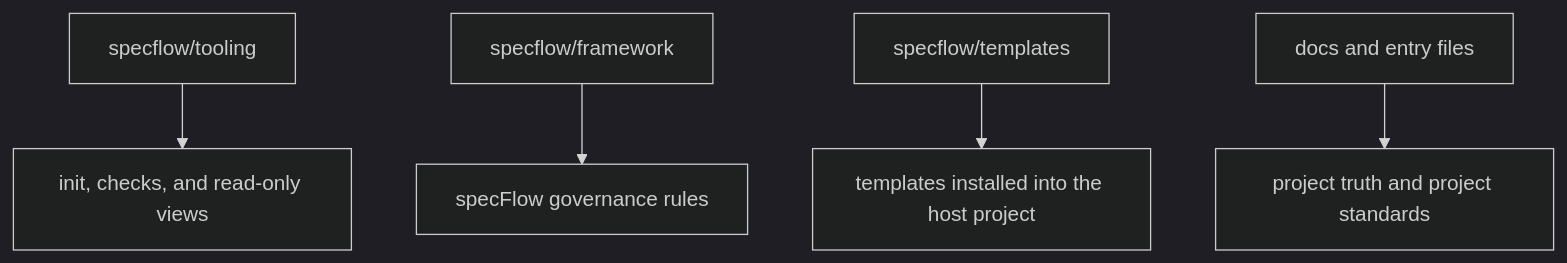
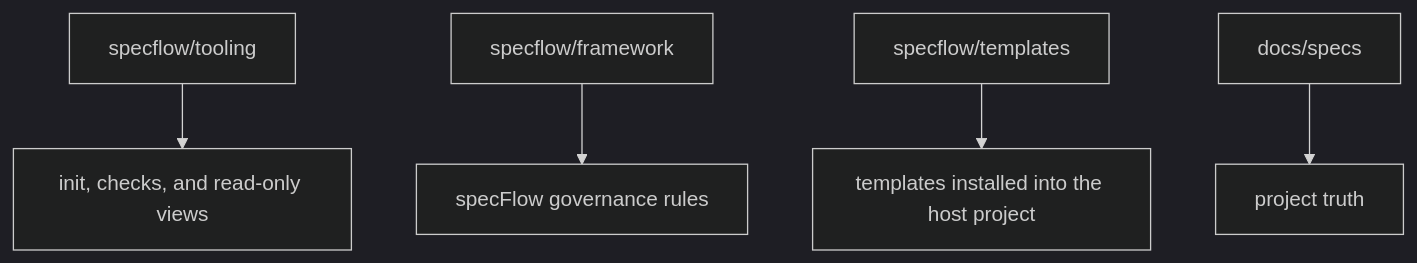
The diagram in README.md (mfblog/specflow), drawn with Mermaid (dark theme) before and after one commit. The commit also changed other lines of this file and 141 other files, not shown here.

````diff
--- a/README.md
+++ b/README.md
@@ -345,7 +233,7 @@
 ```mermaid
 flowchart TD
     A["specflow/tooling"] --> B["init, checks, and read-only views"]
     C["specflow/framework"] --> D["specFlow governance rules"]
     E["specflow/templates"] --> F["templates installed into the host project"]
-    G["docs and entry files"] --> H["project truth and project standards"]
+    G["docs/specs"] --> H["project truth"]
 ```
````
